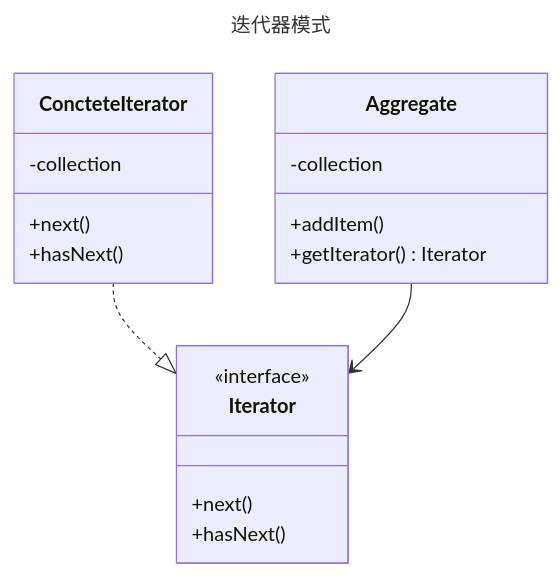
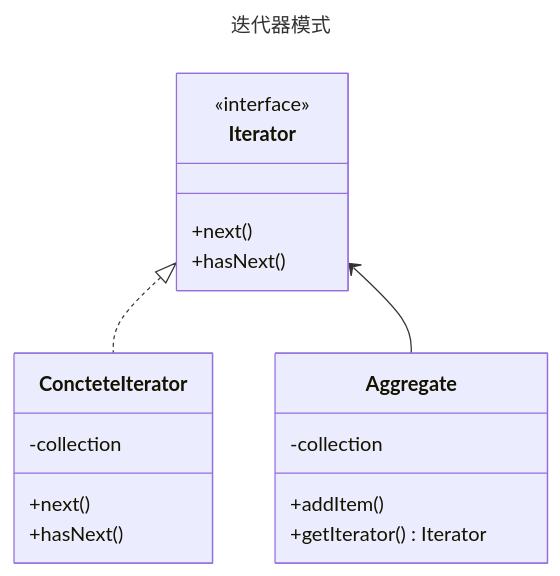
Before and after one commit to fengyun89/typescript-design-patterns: the diagram in iterator/README.md, drawn with Mermaid. The commit also changed 22 other files, not shown here.

Commit message:
行为型模式类图

````diff
--- a/iterator/README.md
+++ b/iterator/README.md
@@ -1,23 +1,23 @@
 ```mermaid
 ---
 title: 迭代器模式
 ---
 classDiagram
     class Iterator {
         <<interface>>
         +next()
         +hasNext()
     }
     class ConcteteIterator {
         -collection
         +next()
         +hasNext()
     }
     class Aggregate {
         -collection
         +addItem()
         +getIterator() Iterator
     }
-    ConcteteIterator ..|> Iterator
-    Aggregate --> Iterator
+    Iterator <|.. ConcteteIterator 
+    Iterator <-- Aggregate 
 ```
````
